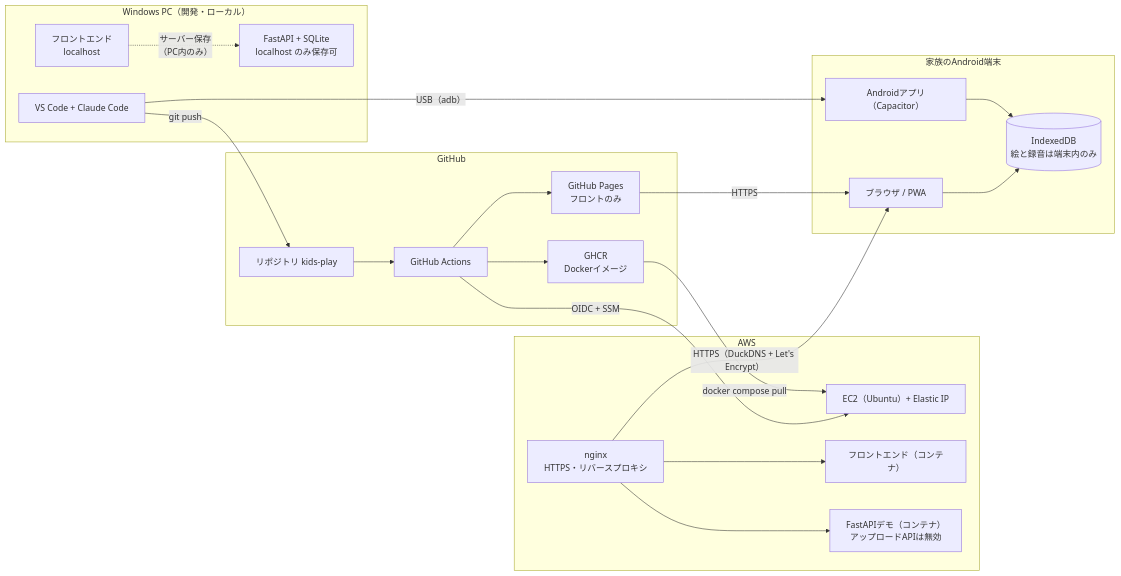
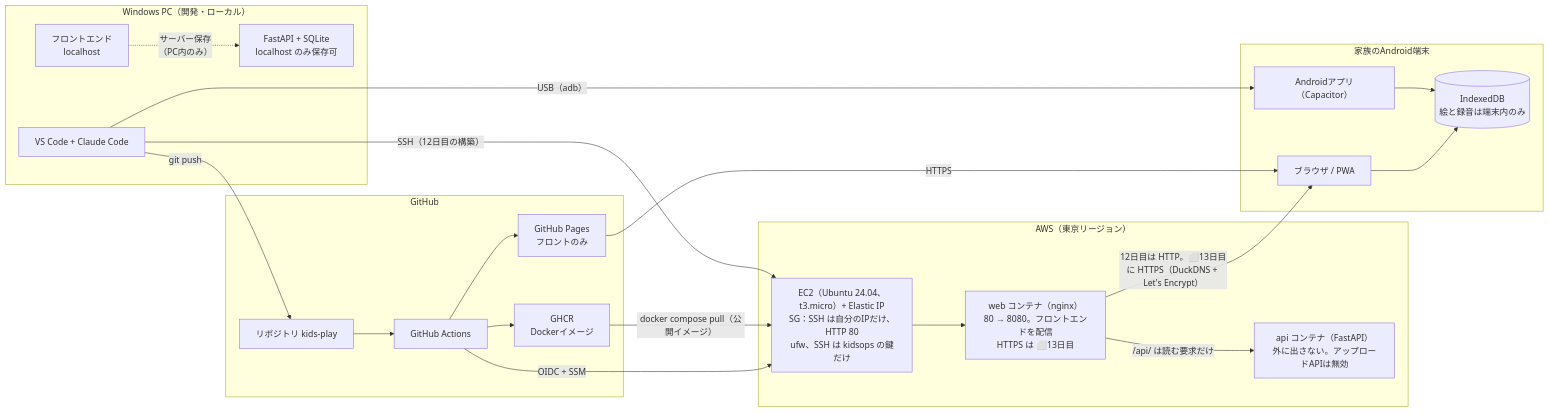
The first of 2 diagrams in docs/architecture.md (Hayato-F110/kids-play), drawn with Mermaid before and after one commit. The commit also changed other lines of this file and 3 other files, not shown here.

First line of the commit message:
KIDS-40 feat: EC2 で GHCR のイメージを HTTP で配信し、ハードニングを記録する

````diff
--- a/docs/architecture.md
+++ b/docs/architecture.md
@@ -7,43 +7,43 @@
 ```mermaid
 flowchart LR
     subgraph PC["Windows PC（開発・ローカル）"]
         dev["VS Code + Claude Code"]
         localfe["フロントエンド<br>localhost"]
         localapi["FastAPI + SQLite<br>localhost のみ保存可"]
         localfe -. "サーバー保存<br>（PC内のみ）" .-> localapi
     end
 
     subgraph GH["GitHub"]
         repo["リポジトリ kids-play"]
         actions["GitHub Actions"]
         pages["GitHub Pages<br>フロントのみ"]
         ghcr["GHCR<br>Dockerイメージ"]
     end
 
-    subgraph AWS["AWS"]
-        ec2["EC2（Ubuntu）+ Elastic IP"]
-        nginx["nginx<br>HTTPS・リバースプロキシ"]
-        fe["フロントエンド（コンテナ）"]
-        api["FastAPIデモ（コンテナ）<br>アップロードAPIは無効"]
-        nginx --> fe
-        nginx --> api
+    subgraph AWS["AWS（東京リージョン）"]
+        ec2["EC2（Ubuntu 24.04、t3.micro）+ Elastic IP<br>SG：SSH は自分のIPだけ、HTTP 80<br>ufw、SSH は kidsops の鍵だけ"]
+        nginx["web コンテナ（nginx）<br>80 → 8080。フロントエンドを配信<br>HTTPS は ⬜13日目"]
+        api["api コンテナ（FastAPI）<br>外に出さない。アップロードAPIは無効"]
+        ec2 --> nginx
+        nginx -- "/api/ は読む要求だけ" --> api
     end
 
     subgraph Device["家族のAndroid端末"]
         browser["ブラウザ / PWA"]
         app["Androidアプリ（Capacitor）"]
         idb[("IndexedDB<br>絵と録音は端末内のみ")]
         browser --> idb
         app --> idb
     end
 
     dev -- "git push" --> repo
     repo --> actions
     actions --> pages
     actions --> ghcr
     actions -- "OIDC + SSM" --> ec2
-    ghcr -- "docker compose pull" --> ec2
+    ghcr -- "docker compose pull（公開イメージ）" --> ec2
+    dev -- "SSH（12日目の構築）" --> ec2
     pages -- "HTTPS" --> browser
-    nginx -- "HTTPS（DuckDNS + Let's Encrypt）" --> browser
+    nginx -- "12日目は HTTP。⬜13日目に HTTPS（DuckDNS + Let's Encrypt）" --> browser
     dev -- "USB（adb）" --> app
 ```
````
